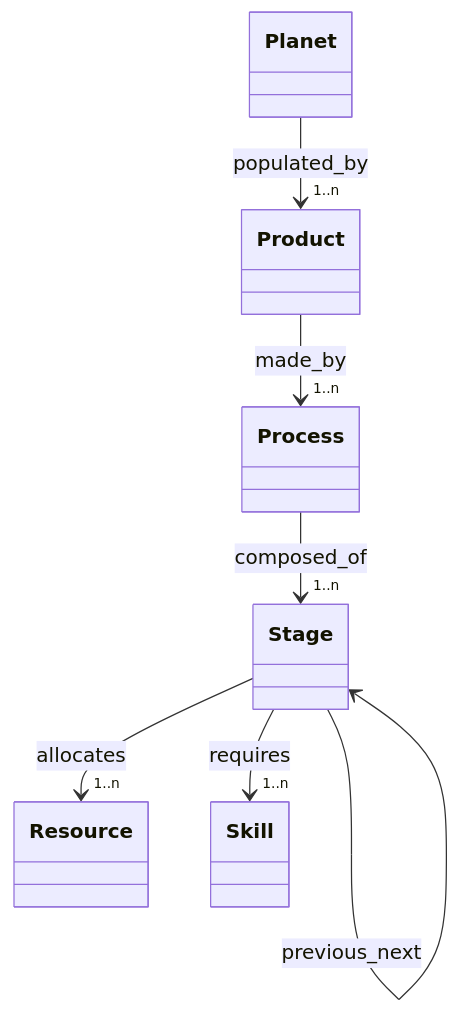
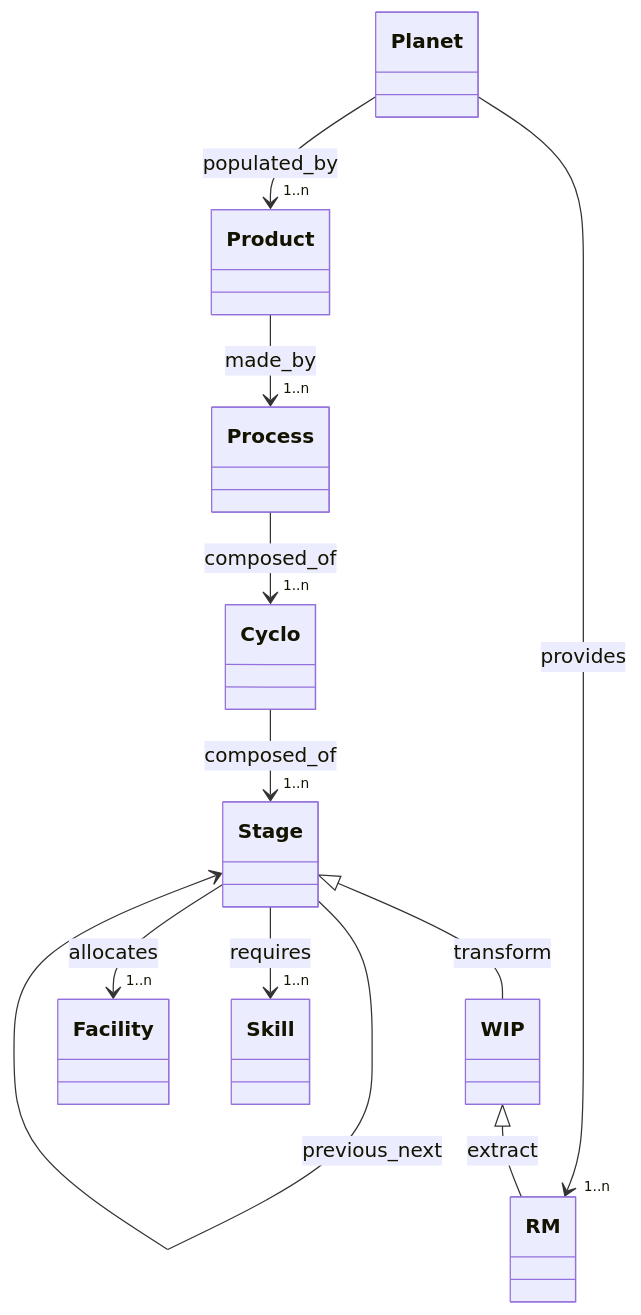
The diagram in content/docs/planet/_index.md (bampli/specs), drawn with Mermaid before and after one commit. The commit also changed other lines of this file and 7 other files, not shown here.

```diff
--- a/content/docs/planet/_index.md
+++ b/content/docs/planet/_index.md
@@ -11,9 +11,13 @@
 {{< mermaid >}}
 classDiagram
     Planet --> "1..n" Product : populated_by
+    Planet --> "1..n" RM : provides
     Product --> "1..n" Process : made_by
-    Process --> "1..n" Stage : composed_of
-    Stage --> "1..n" Resource : allocates
+    Process --> "1..n" Cyclo : composed_of
+    Cyclo --> "1..n" Stage : composed_of
     Stage --> Stage : previous_next
+    WIP <|-- RM : extract
+    Stage --> "1..n" Facility : allocates
+    Stage <|-- WIP : transform
     Stage --> "1..n" Skill : requires
 {{< /mermaid >}}
```
